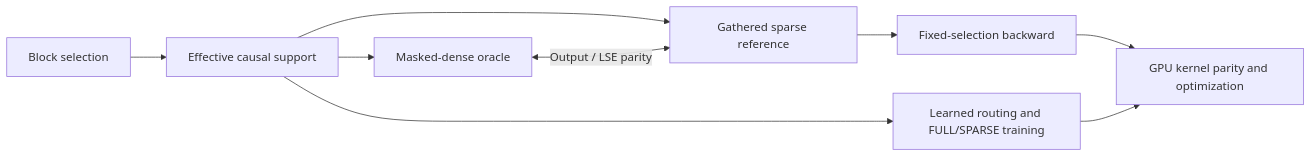
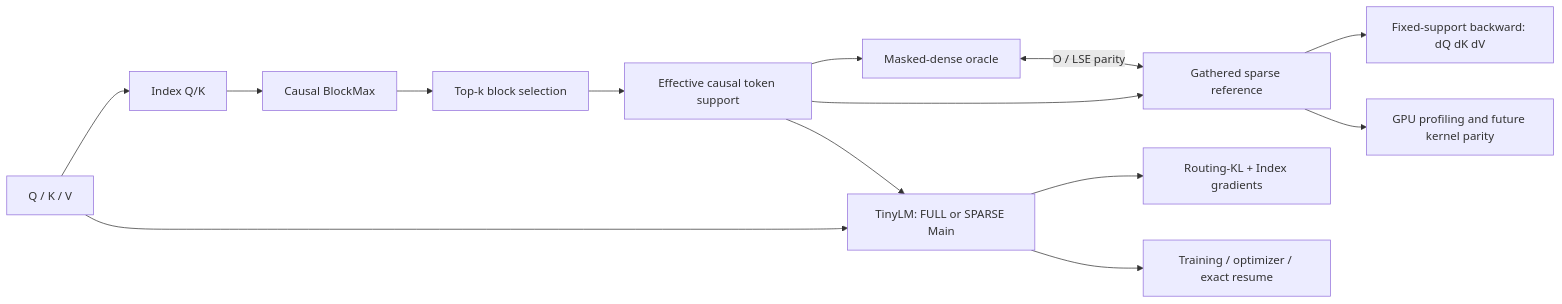
Before and after one commit to yza-thu-eiri/msa-systems-lab: the diagram in README.md, drawn with Mermaid. The commit also changed other lines of this file, not shown here.

````diff
--- a/README.md
+++ b/README.md
@@ -19,11 +29,16 @@
 ```mermaid
 flowchart LR
-    A[Block selection] --> B[Effective causal support]
-    B --> C[Masked-dense oracle]
-    B --> D[Gathered sparse reference]
-    C <-->|Output / LSE parity| D
-    D --> E[Fixed-selection backward]
-    B --> F[Learned routing and FULL/SPARSE training]
-    E --> G[GPU kernel parity and optimization]
-    F --> G
+    Q[Q / K / V] --> I[Index Q/K]
+    I --> BM[Causal BlockMax]
+    BM --> T[Top-k block selection]
+    T --> S[Effective causal token support]
+    S --> MD[Masked-dense oracle]
+    S --> GS[Gathered sparse reference]
+    MD <-->|O / LSE parity| GS
+    GS --> BW[Fixed-support backward: dQ dK dV]
+    Q --> TM[TinyLM: FULL or SPARSE Main]
+    S --> TM
+    TM --> KL[Routing-KL + Index gradients]
+    TM --> TR[Training / optimizer / exact resume]
+    GS --> GPU[GPU profiling and future kernel parity]
 ```
````
